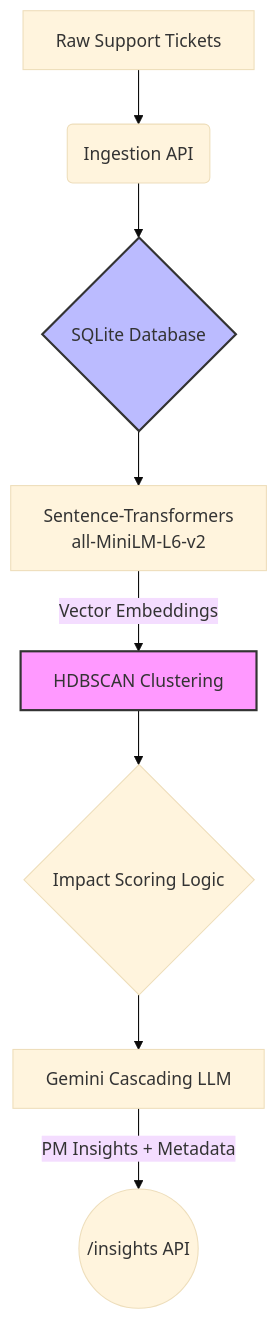
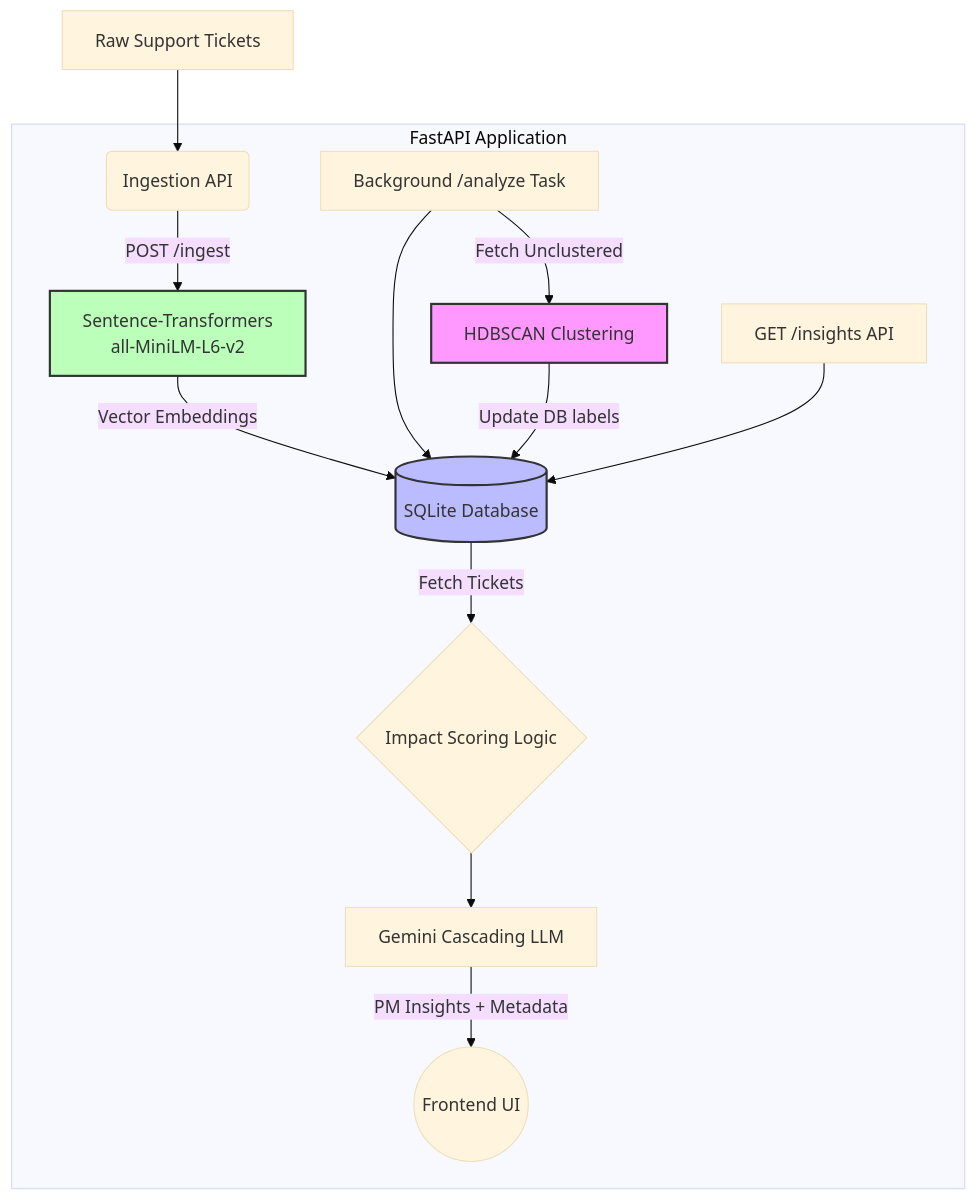
Before and after one commit to PixelCode01/emerging-issue-detector: the diagram in REASONING.md, drawn with Mermaid (base theme). The commit also changed other lines of this file, not shown here.

Commit message:
update architecture diagram

````diff
--- a/REASONING.md
+++ b/REASONING.md
@@ -9,13 +9,22 @@
 ```mermaid
 flowchart TD
     A[Raw Support Tickets] --> B(Ingestion API)
-    B --> C{SQLite Database}
-    C --> D[Sentence-Transformers\nall-MiniLM-L6-v2]
-    D -->|Vector Embeddings| E[HDBSCAN Clustering]
-    E --> F{Impact Scoring Logic}
-    F --> H[Gemini Cascading LLM]
-    H -->|PM Insights + Metadata| G((/insights API))
+    
+    subgraph FastAPI Application
+        B -->|POST /ingest| C[Sentence-Transformers\nall-MiniLM-L6-v2]
+        C -->|Vector Embeddings| D[(SQLite Database)]
+        
+        S[Background /analyze Task] --> D
+        S -->|Fetch Unclustered| E[HDBSCAN Clustering]
+        E -->|Update DB labels| D
+        
+        F[GET /insights API] --> D
+        D -->|Fetch Tickets| G{Impact Scoring Logic}
+        G --> H[Gemini Cascading LLM]
+        H -->|PM Insights + Metadata| I((Frontend UI))
+    end
     
     style E fill:#f9f,stroke:#333,stroke-width:2px
-    style C fill:#bbf,stroke:#333,stroke-width:2px
+    style D fill:#bbf,stroke:#333,stroke-width:2px
+    style C fill:#bfb,stroke:#333,stroke-width:2px
 ```
````
